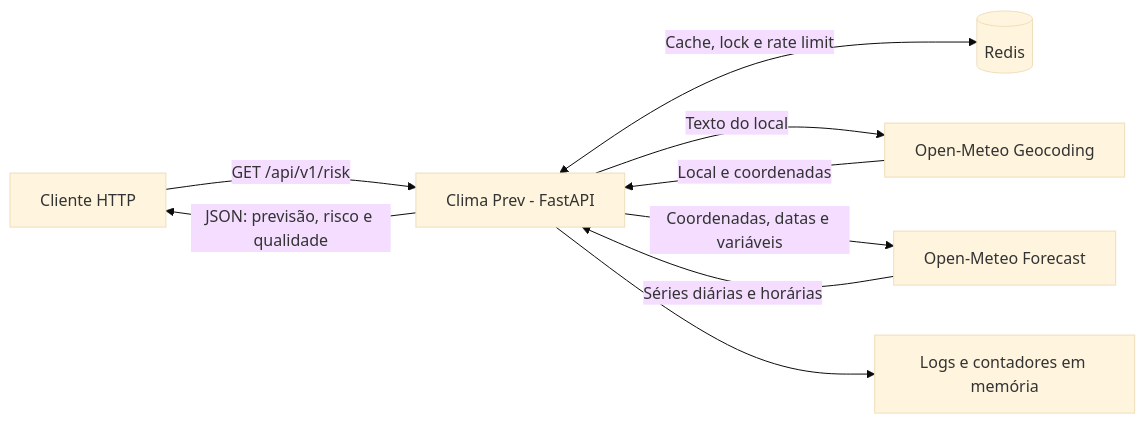
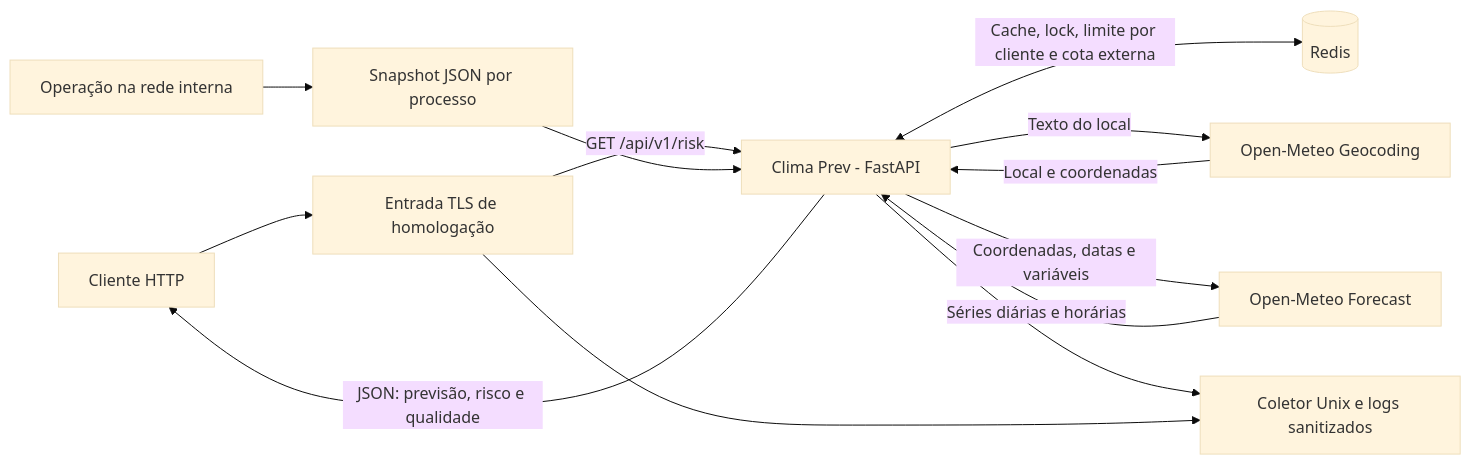
The first of 3 diagrams in docs/arquitetura.md (0SunnyBoy/climaprev), drawn with Mermaid (base theme) before and after one commit. The commit also changed other lines of this file and 24 other files, not shown here.

````diff
--- a/docs/arquitetura.md
+++ b/docs/arquitetura.md
@@ -8,11 +8,15 @@
 ```mermaid
 flowchart LR
-    Cliente["Cliente HTTP"] -->|"GET /api/v1/risk"| API["Clima Prev - FastAPI"]
+    Cliente["Cliente HTTP"] --> Entrada["Entrada TLS de homologação"]
+    Entrada -->|"GET /api/v1/risk"| API["Clima Prev - FastAPI"]
     API -->|"JSON: previsão, risco e qualidade"| Cliente
-    API <-->|"Cache, lock e rate limit"| Redis[(Redis)]
+    API <-->|"Cache, lock, limite por cliente e cota externa"| Redis[(Redis)]
     API -->|"Texto do local"| Geo["Open-Meteo Geocoding"]
     Geo -->|"Local e coordenadas"| API
     API -->|"Coordenadas, datas e variáveis"| Meteo["Open-Meteo Forecast"]
     Meteo -->|"Séries diárias e horárias"| API
-    API --> Logs["Logs e contadores em memória"]
+    API --> Logs["Coletor Unix e logs sanitizados"]
+    Entrada --> Logs
+    Operador["Operação na rede interna"] --> Metricas["Snapshot JSON por processo"]
+    Metricas --> API
 ```
````
